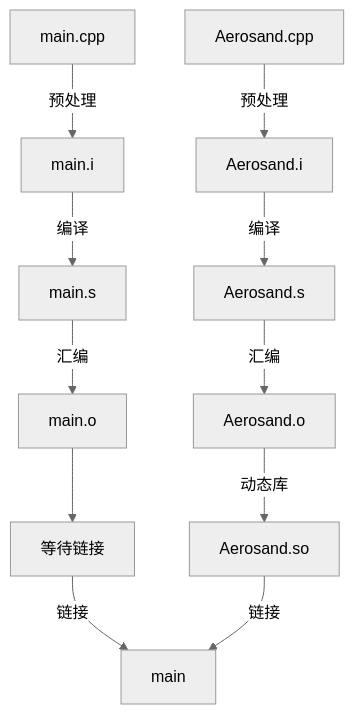
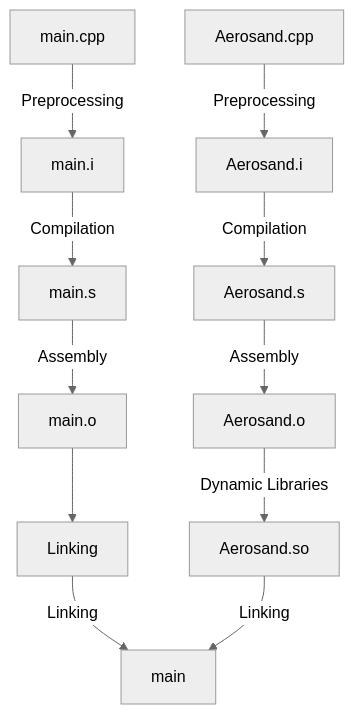
The second of 2 diagrams in content/docs/ofs/ofsp/01_helloWorld.md (Aerosand/aerosand.github.io), drawn with Mermaid (neutral theme) before and after one commit. The commit also changed other lines of this file and 30 other files, not shown here.

````diff
--- a/content/docs/ofs/ofsp/01_helloWorld.md
+++ b/content/docs/ofs/ofsp/01_helloWorld.md
@@ -357,11 +361,12 @@
 ```mermaid
 flowchart TD
 
-main.cpp -->|预处理| main.i -->|编译| main.s -->|汇编| main.o --> 等待链接
-Aerosand.cpp -->|预处理| Aerosand.i -->|编译| Aerosand.s 
--->|汇编| Aerosand.o -->|动态库| Aerosand.so
+main.cpp -->|Preprocessing| main.i -->|Compilation| main.s -->|Assembly| main.o --> Linking
 
-等待链接 -->|链接| main
-Aerosand.so -->|链接| main
+Aerosand.cpp -->|Preprocessing| Aerosand.i -->|Compilation| Aerosand.s 
+-->|Assembly| Aerosand.o -->|Dynamic Libraries| Aerosand.so
+
+Linking -->|Linking| main
+Aerosand.so -->|Linking| main
 
 ```
````
